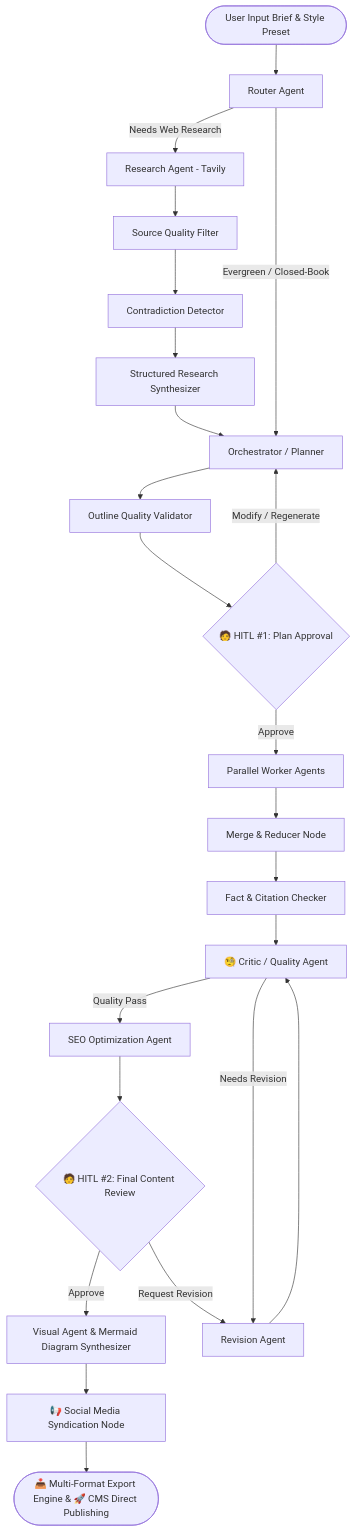
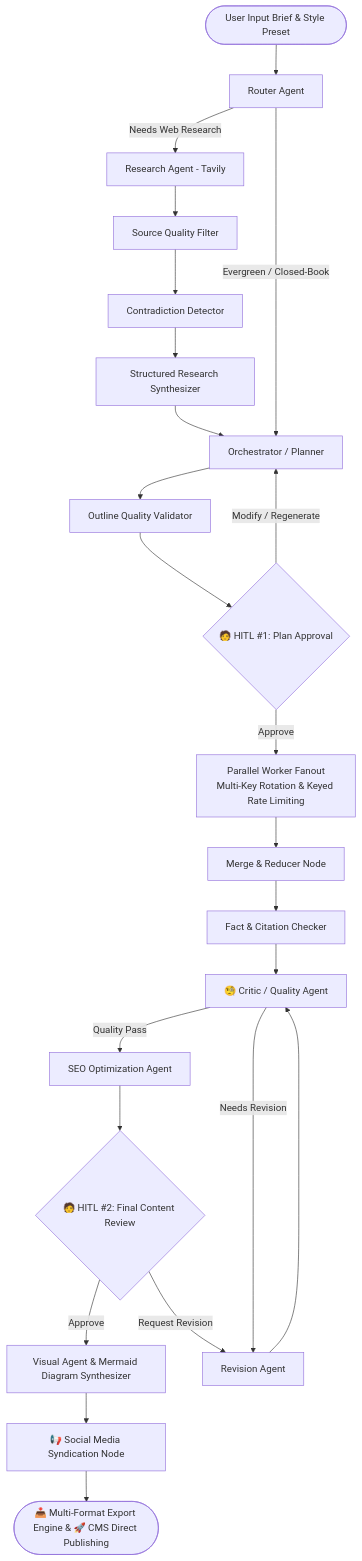
Before and after one commit to jeetsinghbhati7773/blog-writing-multi-agent: the diagram in README.md, drawn with Mermaid. The commit also changed other lines of this file and 8 other files, not shown here.

Commit message:
Update README, fix NoneType snippet handling, and add multi-account key rotator

````diff
--- a/README.md
+++ b/README.md
@@ -23,33 +27,33 @@
 ```mermaid
 flowchart TD
     Start([User Input Brief & Style Preset]) --> Router[Router Agent]
     
     Router -->|Needs Web Research| Research[Research Agent - Tavily]
     Router -->|Evergreen / Closed-Book| Orchestrator[Orchestrator / Planner]
     
     Research --> SourceFilter[Source Quality Filter]
     SourceFilter --> Contradiction[Contradiction Detector]
     Contradiction --> StructuredResearch[Structured Research Synthesizer]
     StructuredResearch --> Orchestrator
     
     Orchestrator --> OutlineValidator[Outline Quality Validator]
     OutlineValidator --> HITL1{🧑 HITL #1: Plan Approval}
     
-    HITL1 -->|Approve| WorkerFanout[Parallel Worker Agents]
+    HITL1 -->|Approve| WorkerFanout[Parallel Worker Fanout<br/>Multi-Key Rotation & Keyed Rate Limiting]
     HITL1 -->|Modify / Regenerate| Orchestrator
     
     WorkerFanout --> MergeContent[Merge & Reducer Node]
     MergeContent --> FactChecker[Fact & Citation Checker]
     FactChecker --> Critic[🧐 Critic / Quality Agent]
     
     Critic -->|Quality Pass| SEOAgent[SEO Optimization Agent]
     Critic -->|Needs Revision| Revision[Revision Agent] --> Critic
     
     SEOAgent --> HITL2{🧑 HITL #2: Final Content Review}
     
     HITL2 -->|Approve| Visual[Visual Agent & Mermaid Diagram Synthesizer]
     HITL2 -->|Request Revision| Revision
     
     Visual --> SocialSyndication[📢 Social Media Syndication Node]
     SocialSyndication --> ExportPublish([📥 Multi-Format Export Engine & 🚀 CMS Direct Publishing])
 ```
````
